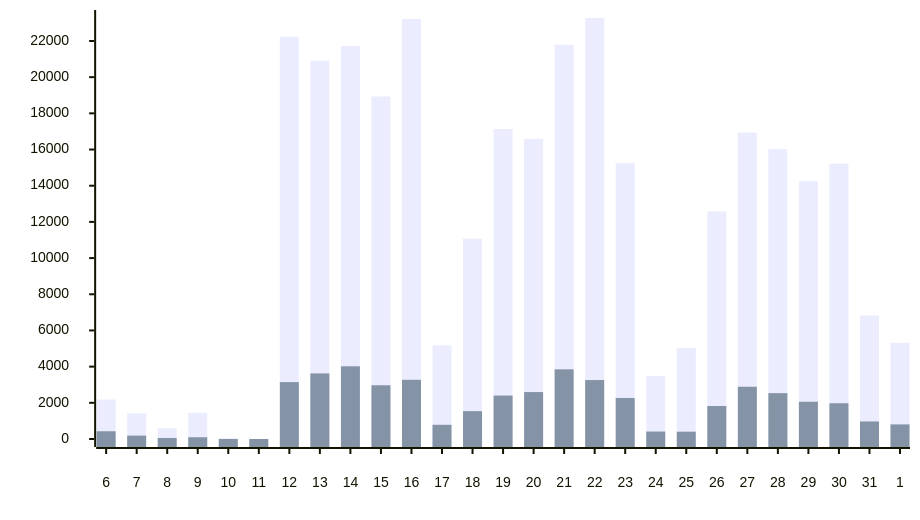
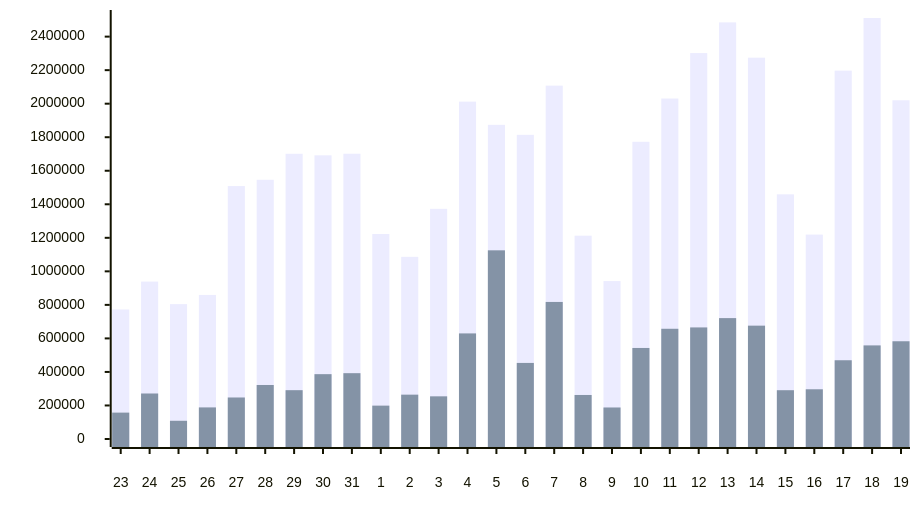
One commit to austenstone/copilot-usage changed the fourth of 9 diagrams in __tests__/mock/sample-output.md. Above: the diagram before and after it, drawn with Mermaid. The commit also changed other lines of this file and 20 other files, not shown here.

````diff
--- a/__tests__/mock/sample-output.md
+++ b/__tests__/mock/sample-output.md
@@ -81,21 +81,21 @@
 ```mermaid
 ---
 config:
     xyChart:
         width: 900
         height: 500
         xAxis:
             labelPadding: 20
         yAxis:
             labelPadding: 20
     themeVariables:
         xyChart:
             backgroundColor: "transparent"
 ---
 xychart-beta
 
-  x-axis  [6, 7, 8, 9, 10, 11, 12, 13, 14, 15, 16, 17, 18, 19, 20, 21, 22, 23, 24, 25, 26, 27, 28, 29, 30, 31, 1]
-  y-axis  0 --> 23270
-bar  [2182, 1417, 596, 1448, 39, 0, 22232, 20908, 21717, 18932, 23212, 5175, 11072, 17133, 16592, 21789, 23270, 15247, 3485, 5031, 12578, 16940, 16025, 14250, 15221, 6828, 5316]
-bar  [428, 186, 56, 96, 0, 0, 3144, 3624, 4018, 2970, 3272, 785, 1540, 2401, 2594, 3850, 3258, 2266, 413, 404, 1822, 2888, 2534, 2059, 1976, 969, 806]
+  x-axis  [23, 24, 25, 26, 27, 28, 29, 30, 31, 1, 2, 3, 4, 5, 6, 7, 8, 9, 10, 11, 12, 13, 14, 15, 16, 17, 18, 19]
+  y-axis  0 --> 2511076
+bar  [772462, 938848, 804373, 859346, 1508706, 1546082, 1701325, 1692004, 1701620, 1222648, 1086446, 1372894, 2012325, 1873981, 1814307, 2107665, 1212732, 941914, 1772725, 2030785, 2301772, 2484846, 2274373, 1459283, 1219148, 2197280, 2511076, 2020385]
+bar  [157387, 271422, 108657, 188385, 247569, 322135, 291159, 386714, 392564, 199074, 264506, 254440, 629773, 1125312, 453779, 817465, 262582, 187980, 543010, 657487, 665495, 721046, 676062, 291007, 296575, 469698, 558271, 582972]
 ```
````
